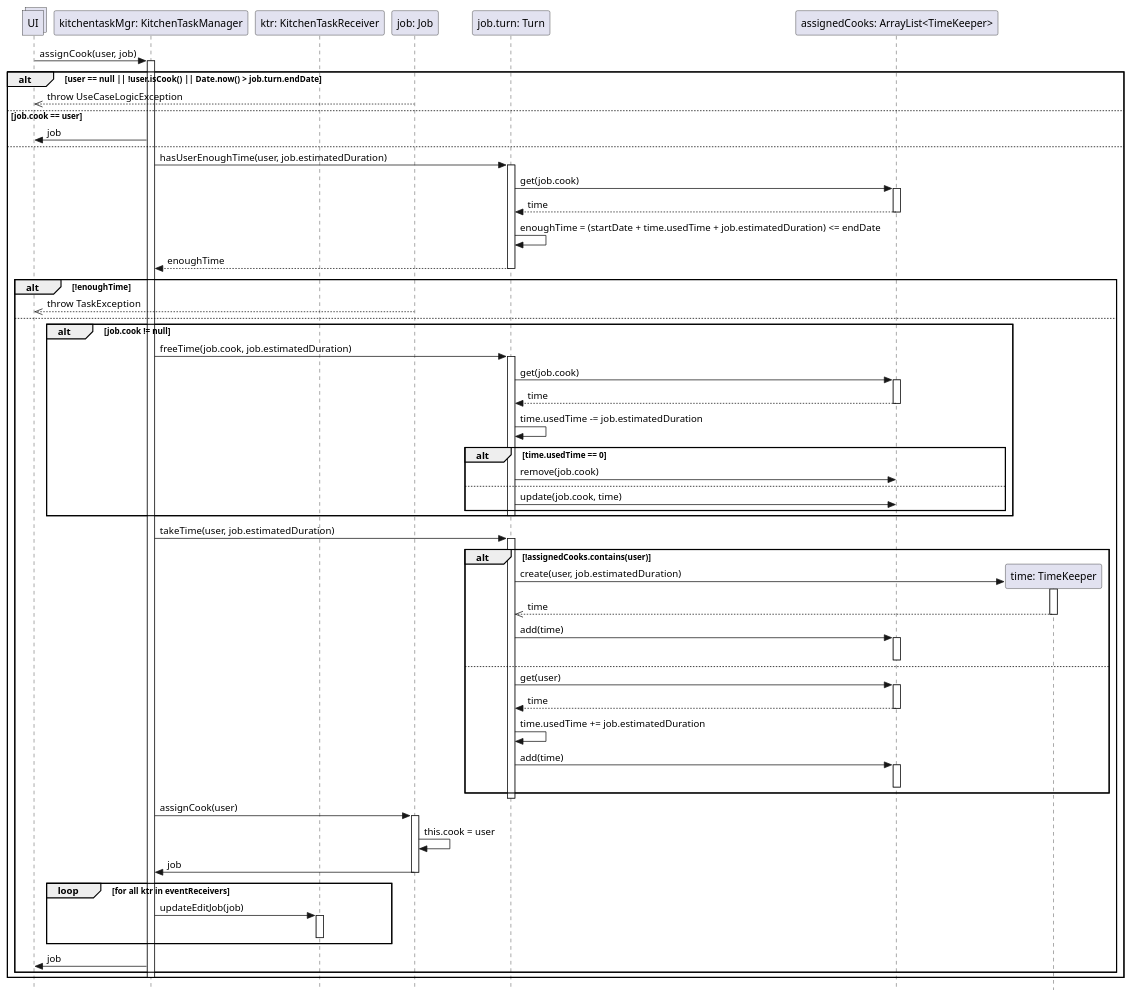
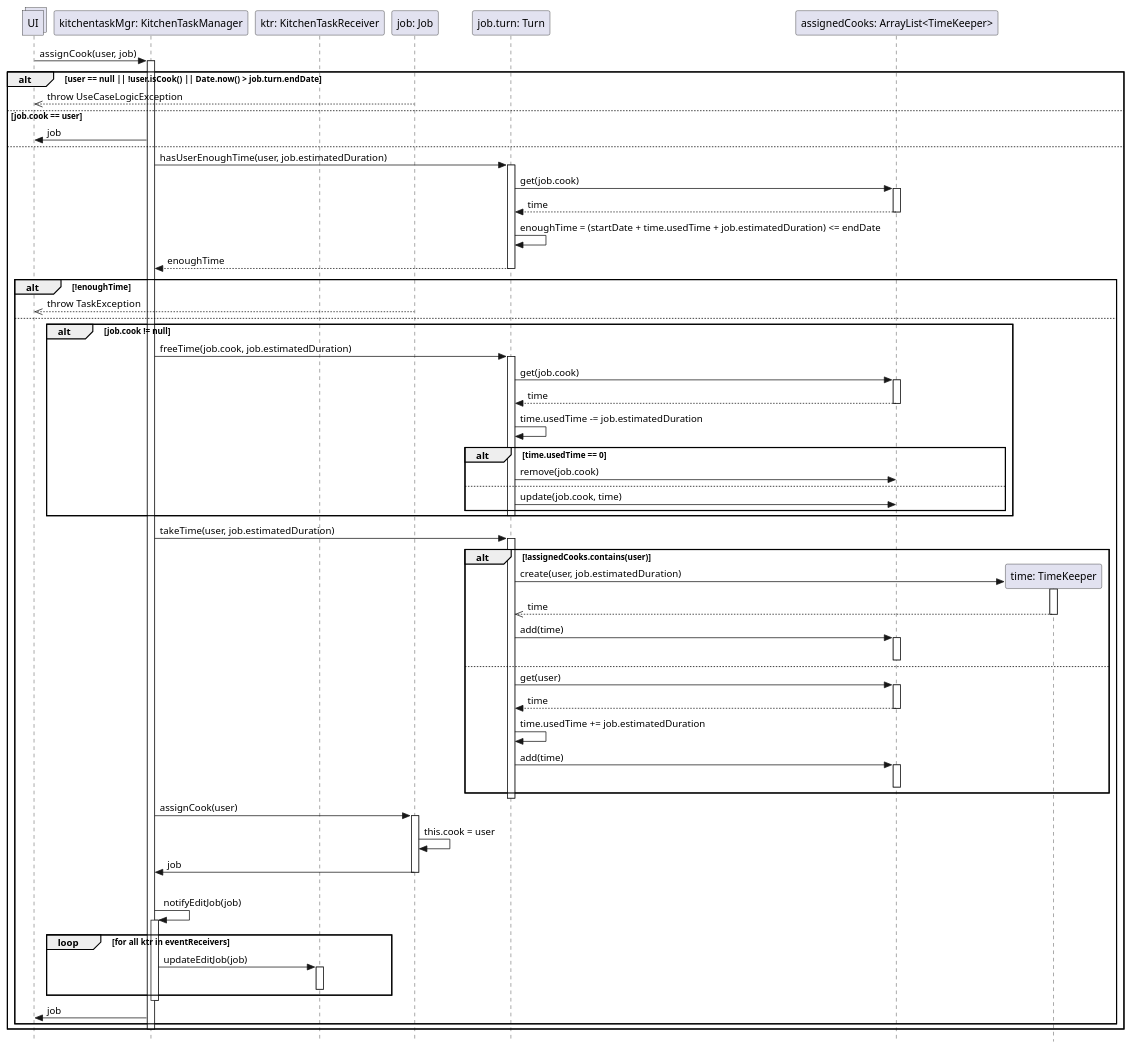
One commit to stefa168/sas-project changed the diagram in UC Gestire Compiti Cucina/Progettazione/DSD Operazione 6c.puml. Above: the diagram before and after it, drawn with PlantUML. The commit also changed 6 other files, not shown here.

```diff
--- a/UC Gestire Compiti Cucina/Progettazione/DSD Operazione 6c.puml
+++ b/UC Gestire Compiti Cucina/Progettazione/DSD Operazione 6c.puml
@@ -1,97 +1,101 @@
 @startuml
 skinparam Style strictuml
 
 collections UI
 
 participant "kitchentaskMgr: KitchenTaskManager" as ktm
 participant "ktr: KitchenTaskReceiver" as ktr
 participant "job: Job" as job
 participant "job.turn: Turn" as turn
 participant "assignedCooks: ArrayList<TimeKeeper>" as cooks
 
 UI -> ktm: assignCook(user, job)
 activate ktm
 alt user == null || !user.isCook() || Date.now() > job.turn.endDate
     UI <<-- job: throw UseCaseLogicException
 else job.cook == user
     UI <- ktm: job
 else
     ktm -> turn: hasUserEnoughTime(user, job.estimatedDuration)
     activate turn
 
     turn -> cooks: get(job.cook)
     activate cooks
     return time
 
     turn -> turn: enoughTime = (startDate + time.usedTime + job.estimatedDuration) <= endDate
 
     return enoughTime
     deactivate turn
 
     alt !enoughTime
         UI <<-- job: throw TaskException
     else
         alt job.cook != null
             ktm -> turn: freeTime(job.cook, job.estimatedDuration)
             activate turn
             turn -> cooks: get(job.cook)
             activate cooks
             return time
 
             turn -> turn: time.usedTime -= job.estimatedDuration
 
             ' se per caso liberando del tempo ci accorgiamo che il TimeKeeper è vuoto, cancelliamolo.
             alt time.usedTime == 0
                 turn -> cooks: remove(job.cook)
             ' altrimenti aggiorniamo il tempo.
             else
                 turn -> cooks: update(job.cook, time)
             end
             deactivate turn
         end
 
         ktm -> turn: takeTime(user, job.estimatedDuration)
         activate turn
 
         participant "time: TimeKeeper" as newTime
 
         ' potrebbe trattarsi del primo incarico assegnato all cuoco in questo turno.
         alt !assignedCooks.contains(user)
             turn -> newTime**: create(user, job.estimatedDuration)
             activate newTime
             turn <<-- newTime: time
             deactivate newTime
 
             turn -> cooks: add(time)
             activate cooks
             deactivate cooks
         else
             turn -> cooks: get(user)
             activate cooks
             return time
 
             turn -> turn: time.usedTime += job.estimatedDuration
 
             turn -> cooks: add(time)
             activate cooks
             deactivate cooks
         end
         deactivate turn
 
         ktm -> job: assignCook(user)
         activate job
         job -> job: this.cook = user
         ktm <- job: job
         deactivate job
 
+        |||
+        ktm -> ktm: notifyEditJob(job)
+        activate ktm
         loop for all ktr in eventReceivers
             ktm -> ktr : updateEditJob(job)
             activate ktr
             deactivate ktr
         end
+        deactivate ktm
 
         UI <- ktm: job
         end
 deactivate ktm
 end
 @enduml
```
